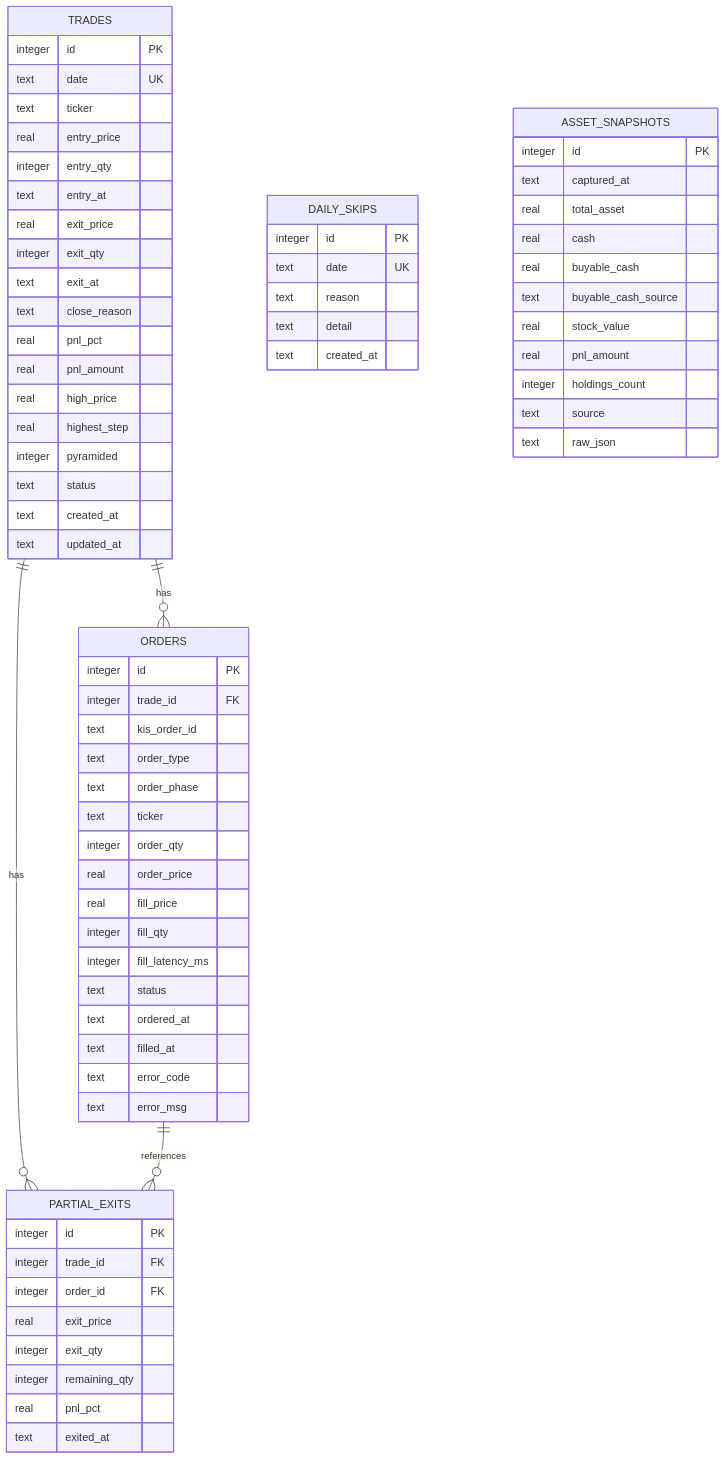
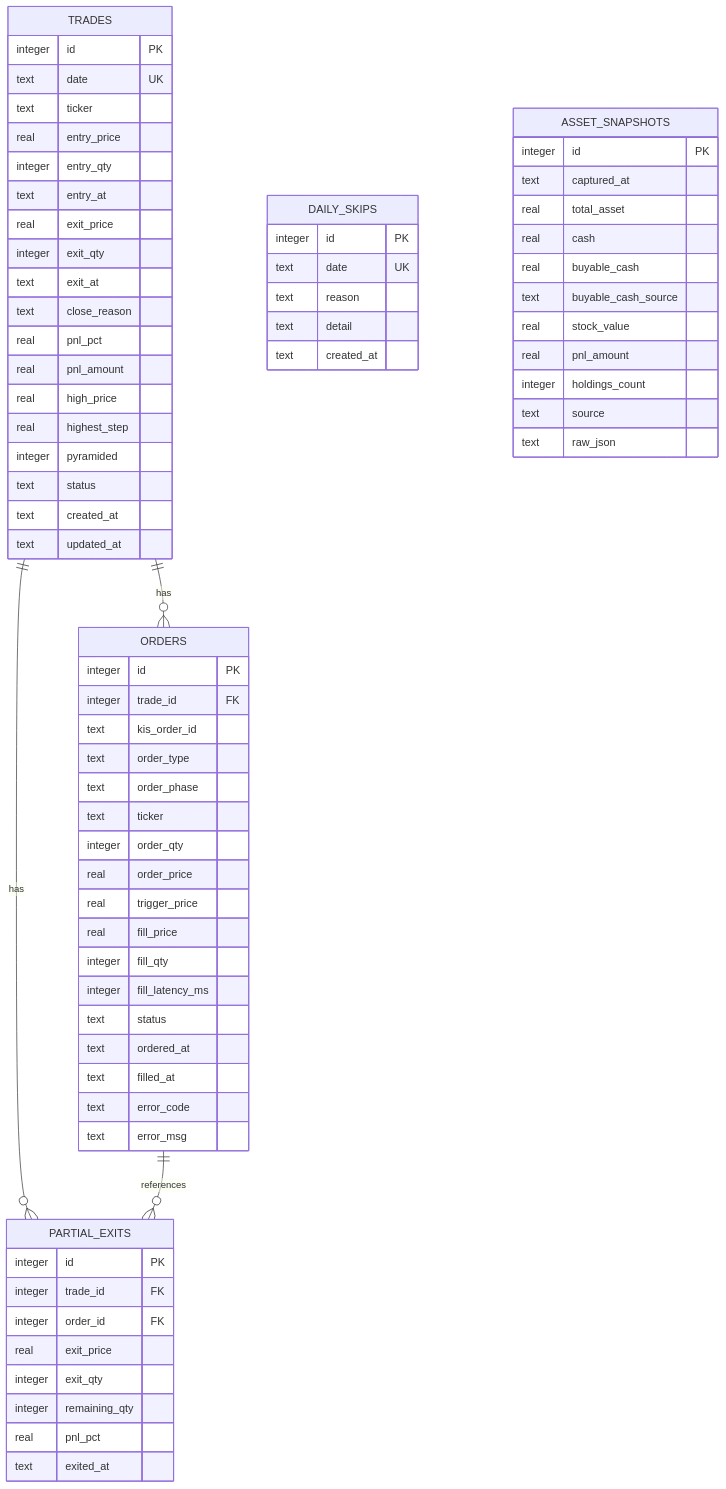
The diagram in docs/DB_DESIGN.md (hcpark74/stock), drawn with Mermaid before and after one commit. The commit also changed other lines of this file and 20 other files, not shown here.

````diff
--- a/docs/DB_DESIGN.md
+++ b/docs/DB_DESIGN.md
@@ -35,79 +35,80 @@
 ```mermaid
 erDiagram
     TRADES ||--o{ ORDERS : has
     TRADES ||--o{ PARTIAL_EXITS : has
     ORDERS ||--o{ PARTIAL_EXITS : references
 
     TRADES {
         integer id PK
         text date UK
         text ticker
         real entry_price
         integer entry_qty
         text entry_at
         real exit_price
         integer exit_qty
         text exit_at
         text close_reason
         real pnl_pct
         real pnl_amount
         real high_price
         real highest_step
         integer pyramided
         text status
         text created_at
         text updated_at
     }
 
     ORDERS {
         integer id PK
         integer trade_id FK
         text kis_order_id
         text order_type
         text order_phase
         text ticker
         integer order_qty
         real order_price
+        real trigger_price
         real fill_price
         integer fill_qty
         integer fill_latency_ms
         text status
         text ordered_at
         text filled_at
         text error_code
         text error_msg
     }
 
     PARTIAL_EXITS {
         integer id PK
         integer trade_id FK
         integer order_id FK
         real exit_price
         integer exit_qty
         integer remaining_qty
         real pnl_pct
         text exited_at
     }
 
     DAILY_SKIPS {
         integer id PK
         text date UK
         text reason
         text detail
         text created_at
     }
 
     ASSET_SNAPSHOTS {
         integer id PK
         text captured_at
         real total_asset
         real cash
         real buyable_cash
         text buyable_cash_source
         real stock_value
         real pnl_amount
         integer holdings_count
         text source
         text raw_json
     }
 ```
````
